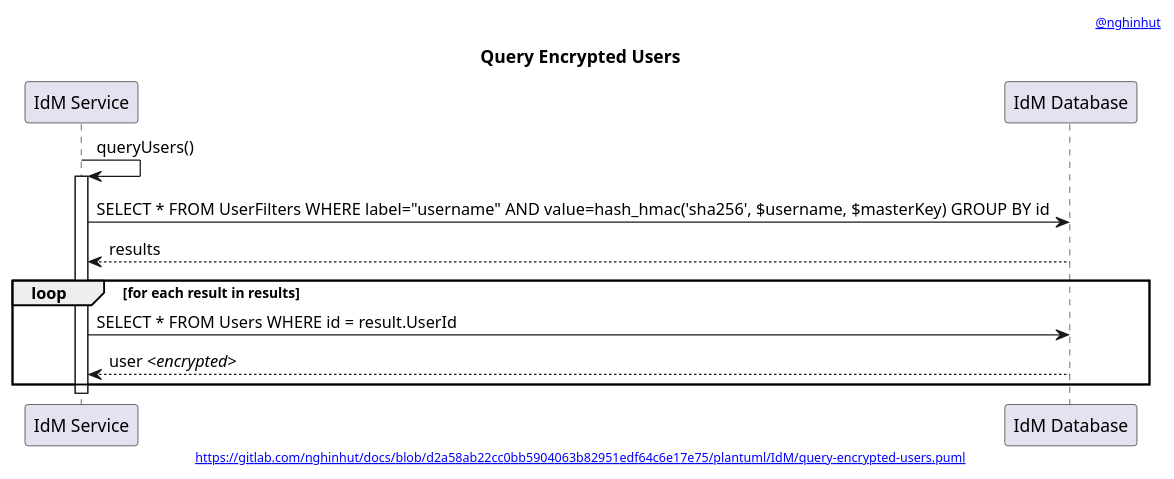
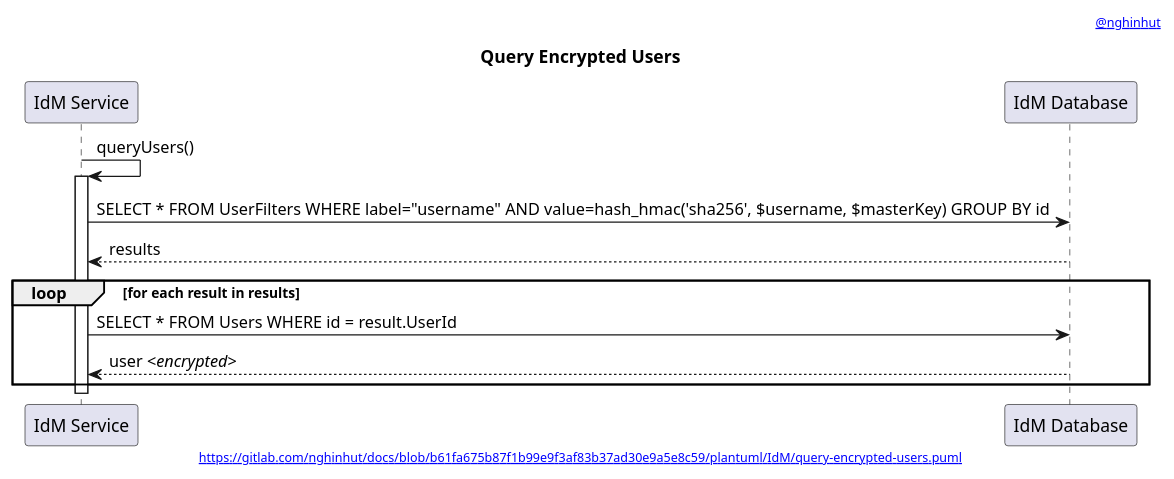
Before and after one commit to nghinhut/docs: the diagram in plantuml/IdM/query-encrypted-users.function.puml, drawn with PlantUML. The commit also changed 24 other files, not shown here.

Commit message:
docs(plantuml): update headers

```diff
--- a/plantuml/IdM/query-encrypted-users.function.puml
+++ b/plantuml/IdM/query-encrypted-users.function.puml
@@ -1,22 +1,22 @@
 @startuml
 '-----START auto generated metadata please keep comment here to allow auto update-----
 '-----DON'T EDIT THIS SECTION, INSTEAD RE-RUN prebuild.sh TO UPDATE-----
-header [[https://www.nghinhut.dev?from=http%5C%3A%5C%2F%5C%2Fwww%5C.plantuml%5C.com%5C%2Fplantuml%5C%2Fproxy%3Ffmt%3Dsvg%5C%26src%3Dhttps%5C%3A%5C%2F%5C%2Fgitlab%5C.com%5C%2Fnghinhut%5C%2Fdocs%5C%2Fraw%5C%2Fd2a58ab22cc0bb5904063b82951edf64c6e17e75%5C%2Fplantuml%5C%2FIdM%5C%2Fquery-encrypted-users%5C.puml%0A @nghinhut]]
-footer [[http://www.plantuml.com/plantuml/proxy?fmt=svg&src=https://gitlab.com/nghinhut/docs/raw/d2a58ab22cc0bb5904063b82951edf64c6e17e75/plantuml/IdM/query-encrypted-users.puml https://gitlab.com/nghinhut/docs/blob/d2a58ab22cc0bb5904063b82951edf64c6e17e75/plantuml/IdM/query-encrypted-users.puml]]
+header [[https://www.nghinhut.dev?from=http%5C%3A%5C%2F%5C%2Fwww%5C.plantuml%5C.com%5C%2Fplantuml%5C%2Fproxy%3Ffmt%3Dsvg%5C%26src%3Dhttps%5C%3A%5C%2F%5C%2Fgitlab%5C.com%5C%2Fnghinhut%5C%2Fdocs%5C%2Fraw%5C%2Fb61fa675b87f1b99e9f3af83b37ad30e9a5e8c59%5C%2Fplantuml%5C%2FIdM%5C%2Fquery-encrypted-users%5C.puml%0A @nghinhut]]
+footer [[http://www.plantuml.com/plantuml/proxy?fmt=svg&src=https://gitlab.com/nghinhut/docs/raw/b61fa675b87f1b99e9f3af83b37ad30e9a5e8c59/plantuml/IdM/query-encrypted-users.puml https://gitlab.com/nghinhut/docs/blob/b61fa675b87f1b99e9f3af83b37ad30e9a5e8c59/plantuml/IdM/query-encrypted-users.puml]]
 '-----END auto generated metadata please keep comment here to allow auto update-----
 title Query Encrypted Users
 
 participant "IdM Service" as idm
 participant "IdM Database" as db
 
 idm -> idm : queryUsers()
 activate idm
     idm -> db : SELECT * FROM UserFilters WHERE label="username" AND value=hash_hmac('sha256', $username, $masterKey) GROUP BY id
     idm <-- db : results
 
     loop for each result in results
         idm -> db : SELECT * FROM Users WHERE id = result.UserId
         idm <-- db : user <//encrypted//>
     end
 deactivate idm
 @enduml
```
